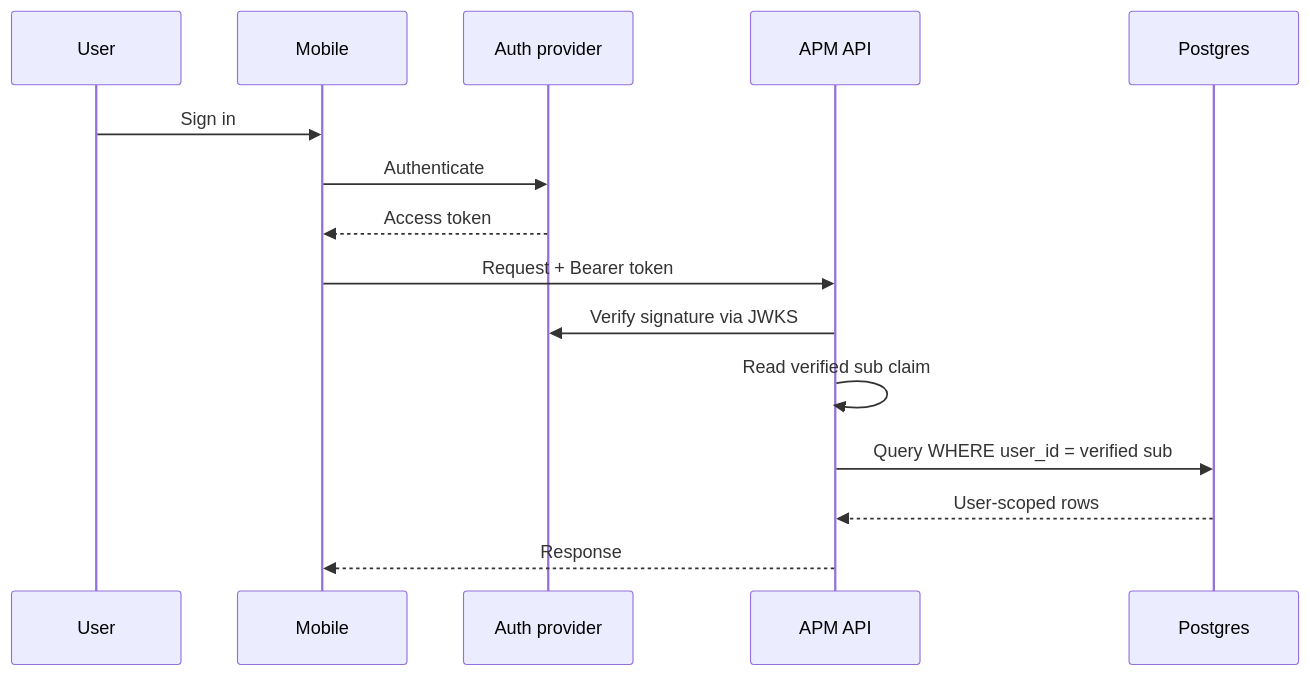
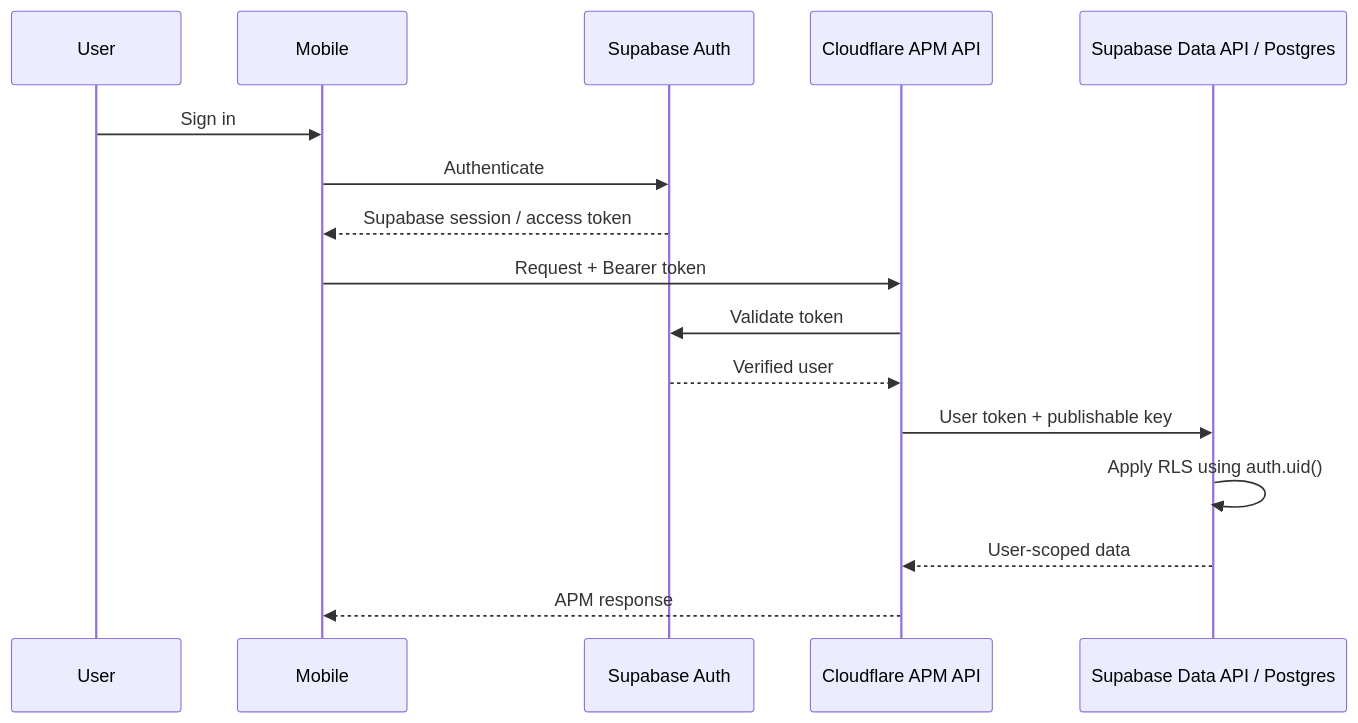
One commit to seq23/aplayer-mode changed the second of 4 diagrams in docs/16-BACKEND-FOUNDATION.md. Above: the diagram before and after it, drawn with Mermaid. The commit also changed other lines of this file, not shown here.

Commit message:
docs: lock Supabase and Cloudflare backend foundation

````diff
--- a/docs/16-BACKEND-FOUNDATION.md
+++ b/docs/16-BACKEND-FOUNDATION.md
@@ -44,18 +45,19 @@
 ```mermaid
 sequenceDiagram
   participant U as User
   participant M as Mobile
-  participant IDP as Auth provider
-  participant API as APM API
-  participant DB as Postgres
+  participant S as Supabase Auth
+  participant A as Cloudflare APM API
+  participant D as Supabase Data API / Postgres
 
   U->>M: Sign in
-  M->>IDP: Authenticate
-  IDP-->>M: Access token
-  M->>API: Request + Bearer token
-  API->>IDP: Verify signature via JWKS
-  API->>API: Read verified sub claim
-  API->>DB: Query WHERE user_id = verified sub
-  DB-->>API: User-scoped rows
-  API-->>M: Response
+  M->>S: Authenticate
+  S-->>M: Supabase session / access token
+  M->>A: Request + Bearer token
+  A->>S: Validate token
+  S-->>A: Verified user
+  A->>D: User token + publishable key
+  D->>D: Apply RLS using auth.uid()
+  D-->>A: User-scoped data
+  A-->>M: APM response
 ```
````
